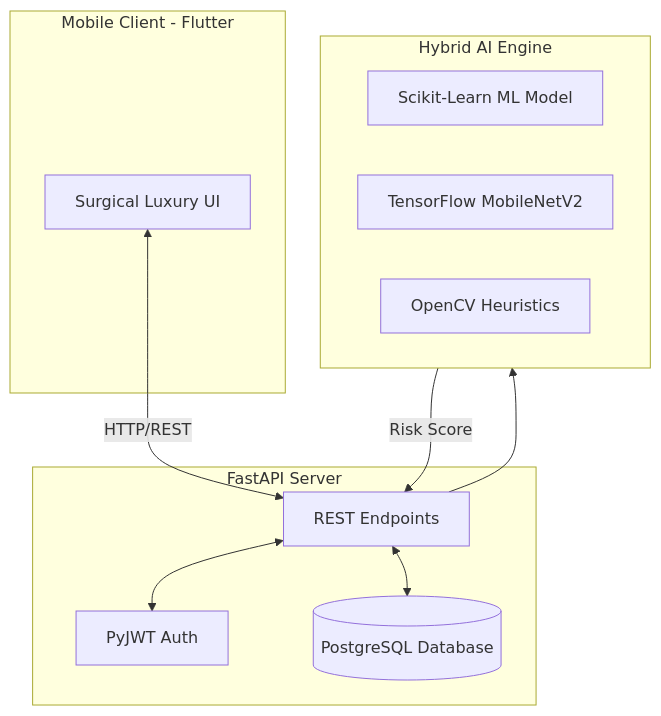
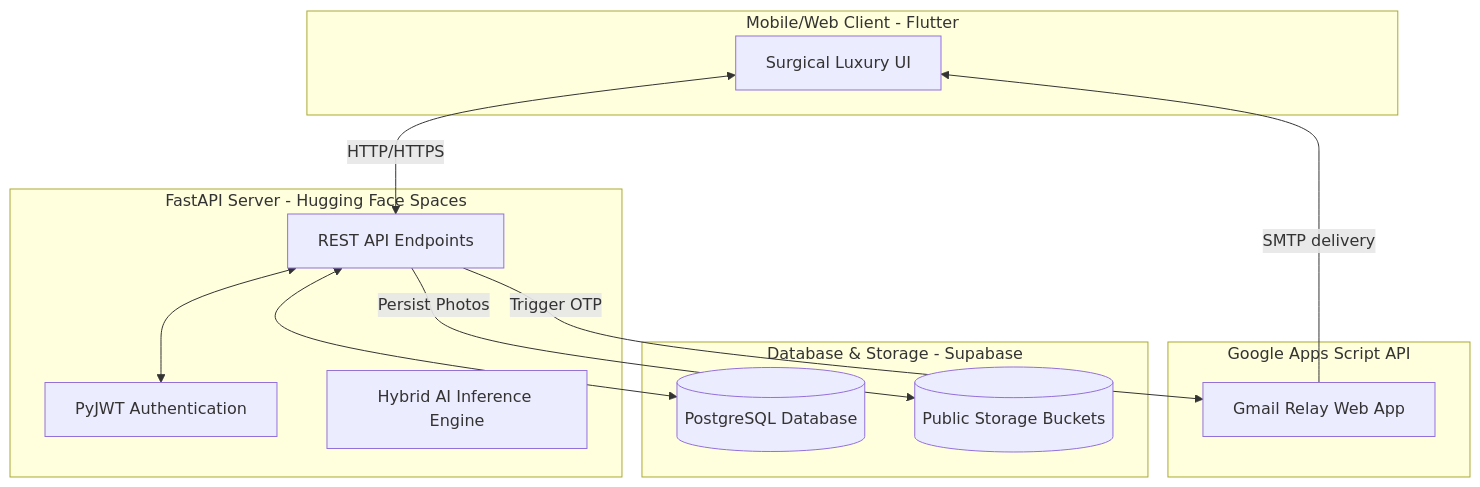
Before and after one commit to Sanhith30/Sanhith_PDD_app: the first of 3 diagrams in README.md, drawn with Mermaid. The commit also changed other lines of this file and 35 other files, not shown here.

Commit message:
feat: Configure GitHub Pages deployment, integrate Supabase storage and Google Apps Script email relay, and migrate database assets

````diff
--- a/README.md
+++ b/README.md
@@ -79,24 +88,28 @@
 ```mermaid
 graph TD
-    subgraph Frontend [Mobile Client - Flutter]
+    subgraph Frontend [Mobile/Web Client - Flutter]
         UI[Surgical Luxury UI]
     end
     
-    subgraph Backend [FastAPI Server]
-        API[REST Endpoints]
-        Auth[PyJWT Auth]
-        DB[(PostgreSQL Database)]
+    subgraph CloudBackend [FastAPI Server - Hugging Face Spaces]
+        API[REST API Endpoints]
+        Auth[PyJWT Authentication]
+        AIEngine[Hybrid AI Inference Engine]
     end
     
-    subgraph AIEngine [Hybrid AI Engine]
-        ML[Scikit-Learn ML Model]
-        DL[TensorFlow MobileNetV2]
-        Heuristics[OpenCV Heuristics]
+    subgraph SupabaseCloud [Database & Storage - Supabase]
+        DB[(PostgreSQL Database)]
+        Storage[(Public Storage Buckets)]
     end
     
-    UI <-->|HTTP/REST| API
+    subgraph EmailService [Google Apps Script API]
+        GAS[Gmail Relay Web App]
+    end
+    
+    UI <-->|HTTP/HTTPS| API
     API <--> Auth
     API <--> DB
-    API --> AIEngine
-    AIEngine -->|Risk Score| API
+    API -->|Persist Photos| Storage
+    API -->|Trigger OTP| GAS
+    GAS -->|SMTP delivery| UI
 ```
````
